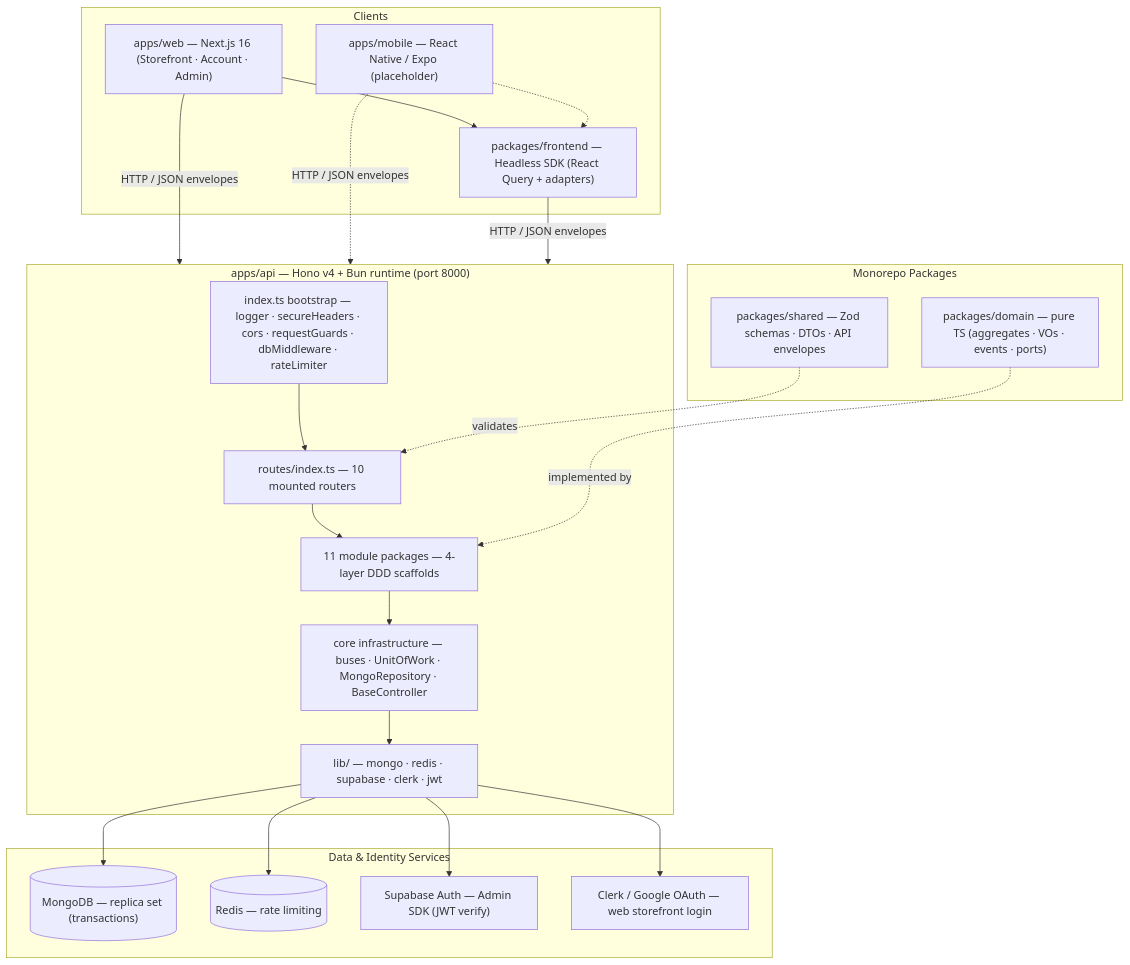
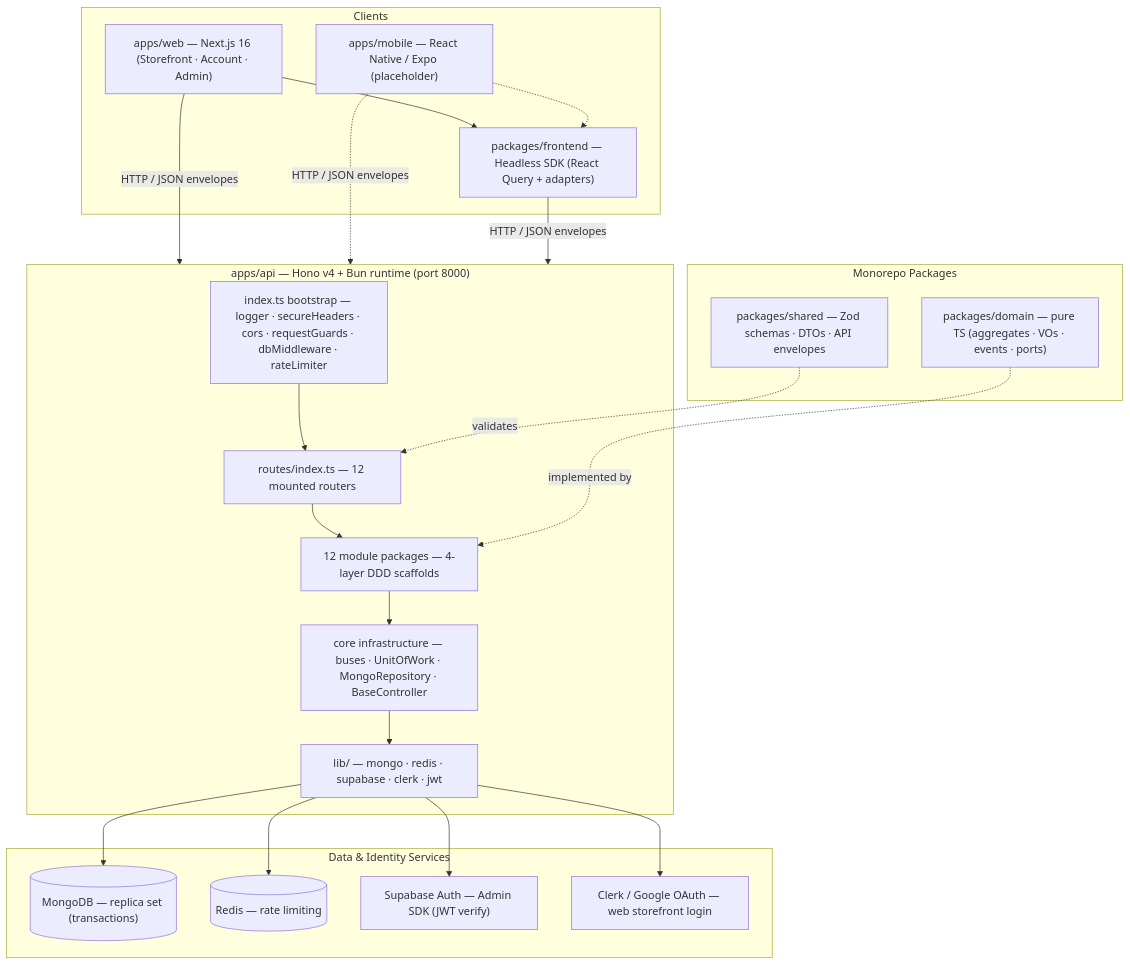
One commit to pikarepo/ecomerece changed the second of 6 diagrams in README.md. Above: the diagram before and after it, drawn with Mermaid. The commit also changed other lines of this file and 399 other files, not shown here.

````diff
--- a/README.md
+++ b/README.md
@@ -143,44 +145,44 @@
 ```mermaid
 flowchart TB
     subgraph Clients["Clients"]
         Web["apps/web — Next.js 16 (Storefront · Account · Admin)"]
         Mobile["apps/mobile — React Native / Expo (placeholder)"]
         SDK["packages/frontend — Headless SDK (React Query + adapters)"]
     end
 
     subgraph ApiApp["apps/api — Hono v4 + Bun runtime (port 8000)"]
         Entry["index.ts bootstrap — logger · secureHeaders · cors · requestGuards · dbMiddleware · rateLimiter"]
-        Routers["routes/index.ts — 10 mounted routers"]
-        Modules["11 module packages — 4-layer DDD scaffolds"]
+        Routers["routes/index.ts — 12 mounted routers"]
+        Modules["12 module packages — 4-layer DDD scaffolds"]
         Core["core infrastructure — buses · UnitOfWork · MongoRepository · BaseController"]
         Adapters["lib/ — mongo · redis · supabase · clerk · jwt"]
         Entry --> Routers
         Routers --> Modules
         Modules --> Core
         Core --> Adapters
     end
 
     subgraph SharedContracts["Monorepo Packages"]
         Domain["packages/domain — pure TS (aggregates · VOs · events · ports)"]
         Shared["packages/shared — Zod schemas · DTOs · API envelopes"]
         Domain -.->|"implemented by"| Modules
         Shared -.->|"validates"| Routers
     end
 
     subgraph DataServices["Data & Identity Services"]
         Mongo[("MongoDB — replica set (transactions)")]
         Redis[("Redis — rate limiting")]
         Supabase["Supabase Auth — Admin SDK (JWT verify)"]
         Clerk["Clerk / Google OAuth — web storefront login"]
     end
 
     Web --> SDK
     Mobile -.-> SDK
     Web -->|"HTTP / JSON envelopes"| ApiApp
     Mobile -.->|"HTTP / JSON envelopes"| ApiApp
     SDK -->|"HTTP / JSON envelopes"| ApiApp
     Adapters --> Mongo
     Adapters --> Redis
     Adapters --> Supabase
     Adapters --> Clerk
 ```
````
